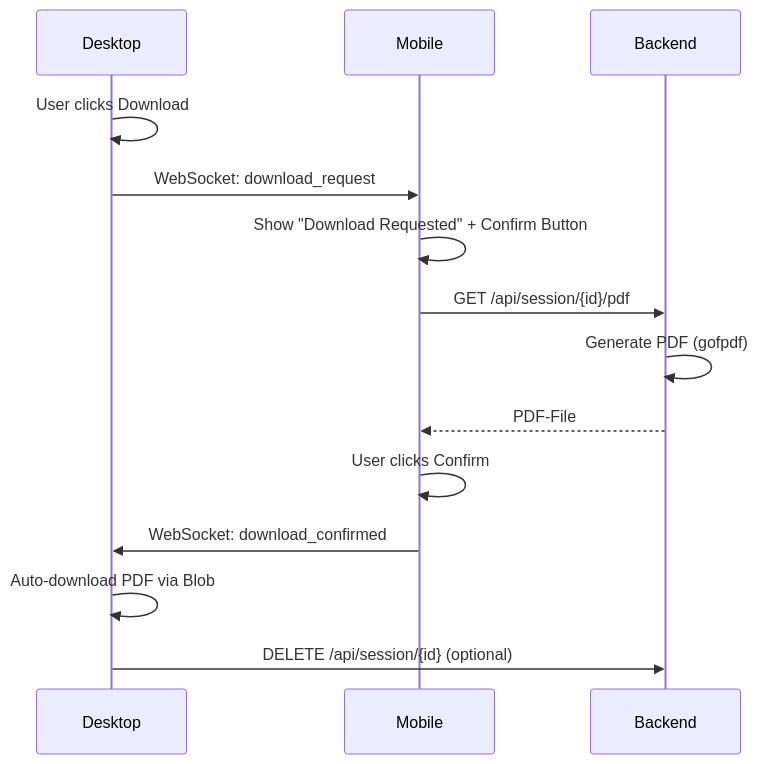
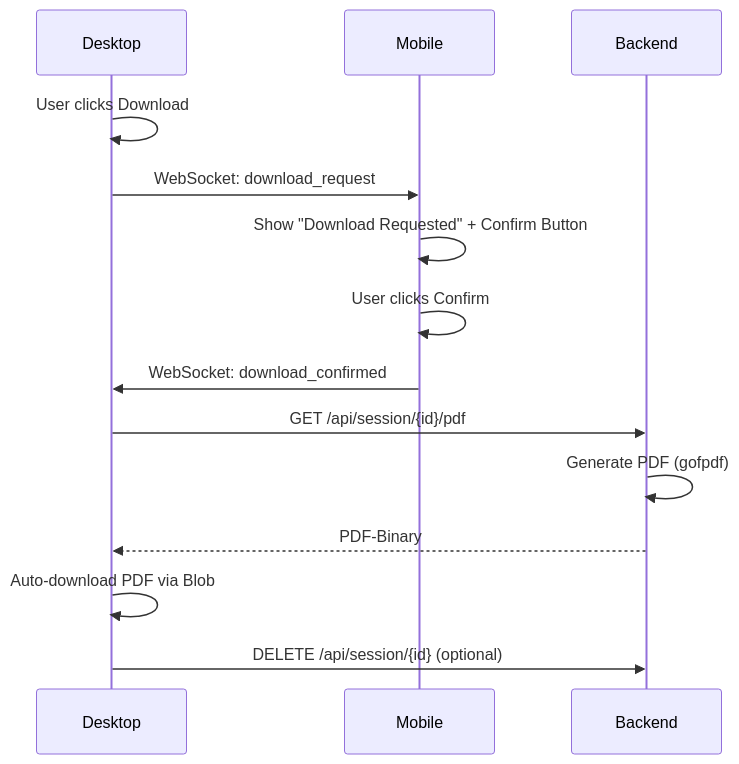
The eighth of 10 diagrams in map.md (Garante83/DocFlow-), drawn with Mermaid before and after one commit. The commit also changed other lines of this file, not shown here.

````diff
--- a/map.md
+++ b/map.md
@@ -401,17 +418,17 @@
 ```mermaid
 sequenceDiagram
     participant D as Desktop
     participant M as Mobile
     participant B as Backend
 
     D->>D: User clicks Download
     D->>M: WebSocket: download_request
     M->>M: Show "Download Requested" + Confirm Button
-    M->>B: GET /api/session/{id}/pdf
-    B->>B: Generate PDF (gofpdf)
-    B-->>M: PDF-File
     M->>M: User clicks Confirm
     M->>D: WebSocket: download_confirmed
+    D->>B: GET /api/session/{id}/pdf
+    B->>B: Generate PDF (gofpdf)
+    B-->>D: PDF-Binary
     D->>D: Auto-download PDF via Blob
     D->>B: DELETE /api/session/{id} (optional)
 ```
````
